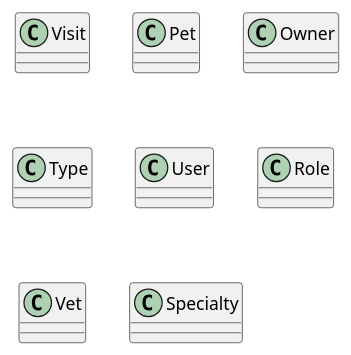
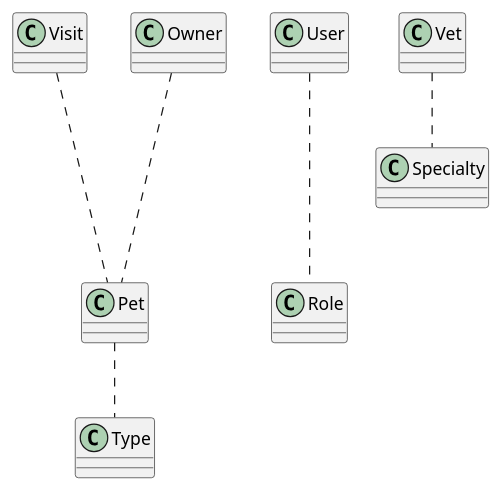
One commit to masmangan/legendary-parakeet changed the diagram in domain.puml. Above: the diagram before and after it, drawn with PlantUML.

```diff
--- a/domain.puml
+++ b/domain.puml
@@ -1,10 +1,18 @@
 @startuml
 class Visit
 class Pet
+Visit ... Pet
+
 class Owner
+Owner ... Pet
+
 class Type
+Pet .. Type
+
 class User
 class Role
+User ... Role
 class Vet
 class Specialty
+Vet .. Specialty
 @enduml
```
